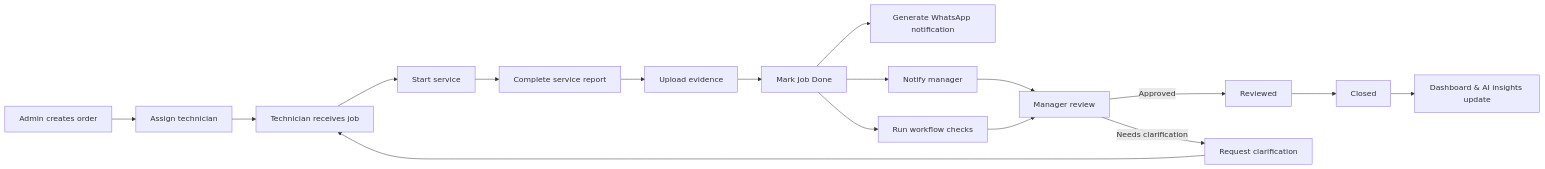
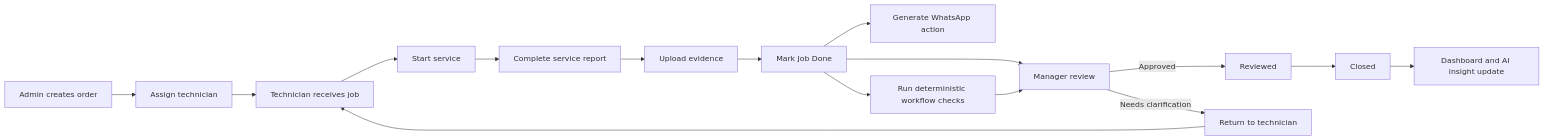
One commit to wong001110/sejukops-assessment changed the first of 5 diagrams in README.md. Above: the diagram before and after it, drawn with Mermaid. The commit also changed other lines of this file and 2 other files, not shown here.

````diff
--- a/README.md
+++ b/README.md
@@ -127,19 +112,18 @@
 ```mermaid
 flowchart LR
     A[Admin creates order] --> B[Assign technician]
     B --> C[Technician receives job]
     C --> D[Start service]
     D --> E[Complete service report]
     E --> F[Upload evidence]
     F --> G[Mark Job Done]
-    G --> H[Generate WhatsApp notification]
-    G --> I[Run workflow checks]
-    G --> J[Notify manager]
-    J --> K[Manager review]
-    I --> K
-    K -->|Approved| L[Reviewed]
-    L --> M[Closed]
-    M --> N[Dashboard & AI insights update]
-    K -->|Needs clarification| O[Request clarification]
-    O --> C
+    G --> H[Generate WhatsApp action]
+    G --> I[Run deterministic workflow checks]
+    G --> J[Manager review]
+    I --> J
+    J -->|Approved| K[Reviewed]
+    K --> L[Closed]
+    L --> M[Dashboard and AI insight update]
+    J -->|Needs clarification| N[Return to technician]
+    N --> C
 ```
````
